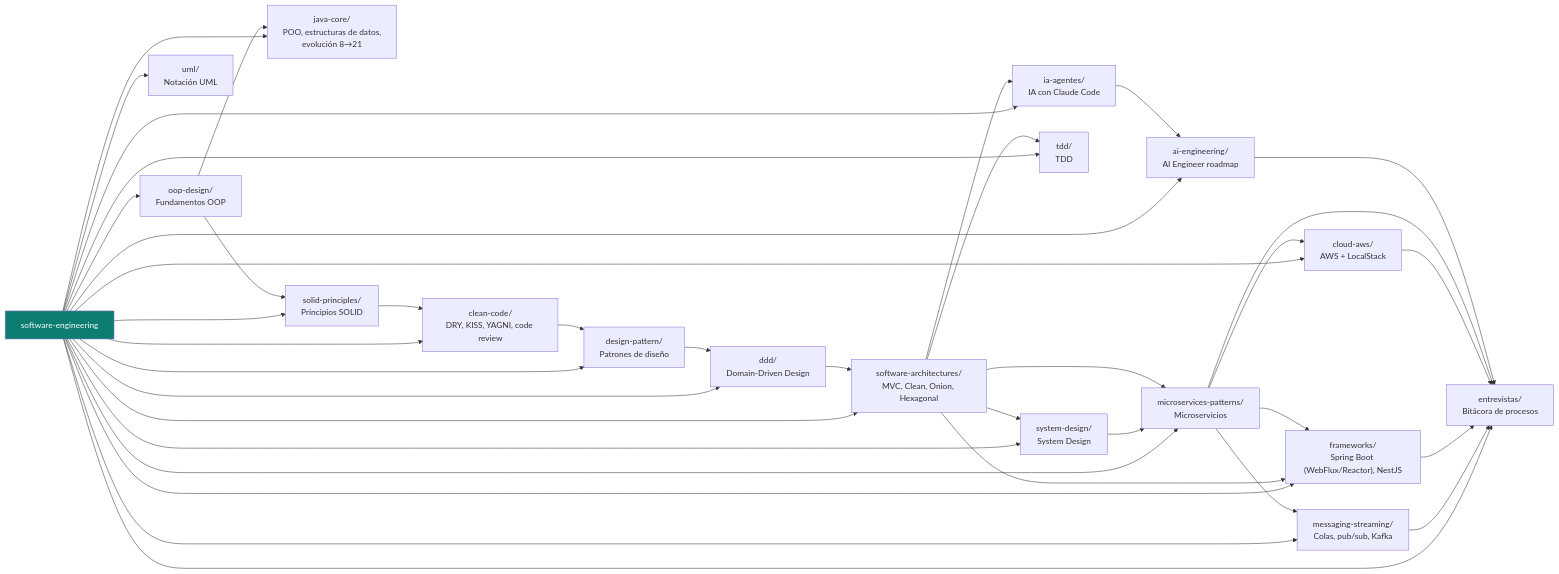
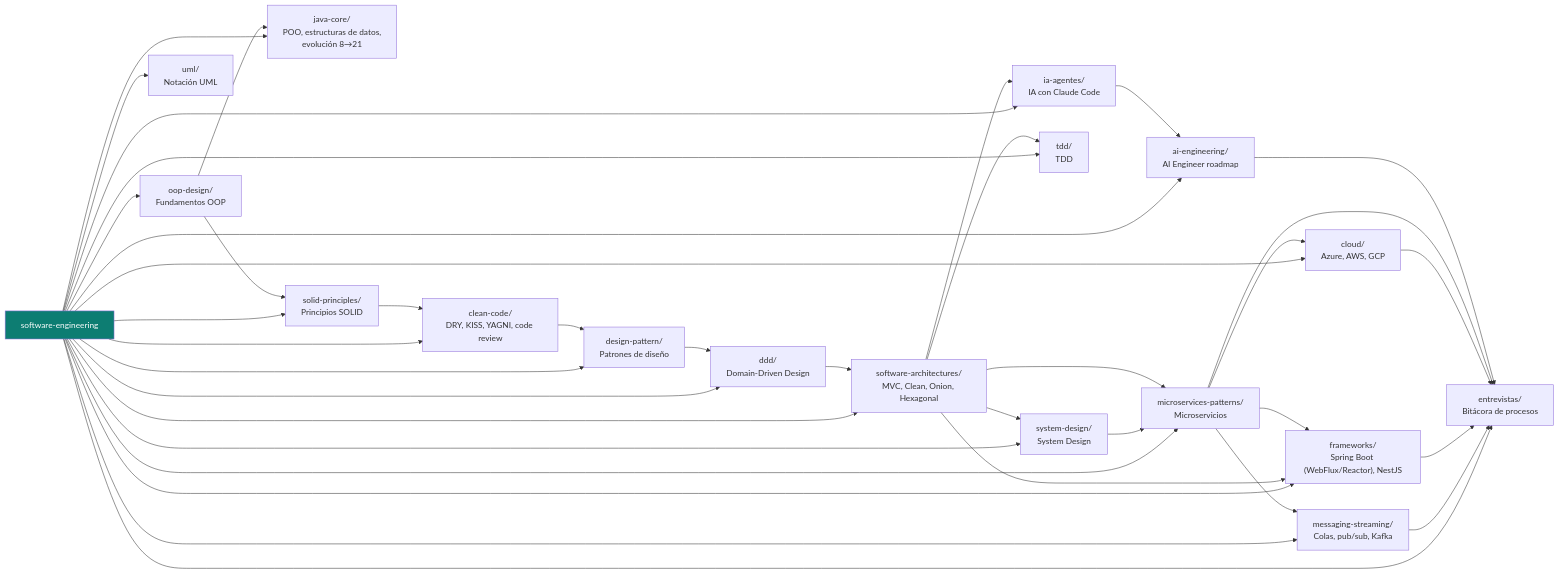
The diagram in README.md (edzamo/software-engineering), drawn with Mermaid before and after one commit. The commit also changed other lines of this file and 8 other files, not shown here.

First line of the commit message:
docs: mueve cloud-aws a cloud/aws y presenta cloud/ con Azure, AWS y GCP

````diff
--- a/README.md
+++ b/README.md
@@ -9,46 +9,46 @@
 ```mermaid
 graph LR
     root["software-engineering"]
 
     root --> oop["oop-design/<br/>Fundamentos OOP"]
     root --> javacore["java-core/<br/>POO, estructuras de datos,<br/>evolución 8→21"]
     root --> solid["solid-principles/<br/>Principios SOLID"]
     root --> cc["clean-code/<br/>DRY, KISS, YAGNI, code review"]
     root --> dp["design-pattern/<br/>Patrones de diseño"]
     root --> ddd["ddd/<br/>Domain-Driven Design"]
     root --> uml["uml/<br/>Notación UML"]
     root --> arch["software-architectures/<br/>MVC, Clean, Onion, Hexagonal"]
     root --> sysdes["system-design/<br/>System Design"]
     root --> micro["microservices-patterns/<br/>Microservicios"]
     root --> msg["messaging-streaming/<br/>Colas, pub/sub, Kafka"]
     root --> frameworks["frameworks/<br/>Spring Boot (WebFlux/Reactor), NestJS"]
-    root --> aws["cloud-aws/<br/>AWS + LocalStack"]
+    root --> aws["cloud/<br/>Azure, AWS, GCP"]
     root --> tdd["tdd/<br/>TDD"]
     root --> ia["ia-agentes/<br/>IA con Claude Code"]
     root --> aieng["ai-engineering/<br/>AI Engineer roadmap"]
     root --> entrevistas["entrevistas/<br/>Bitácora de procesos"]
 
     oop --> javacore
     oop --> solid
     solid --> cc
     cc --> dp
     dp --> ddd
     ddd --> arch
     arch --> sysdes
     sysdes --> micro
     micro --> msg
     msg --> entrevistas
     arch --> micro
     arch --> frameworks
     micro --> frameworks
     micro --> aws
     arch --> tdd
     arch --> ia
     ia --> aieng
     frameworks --> entrevistas
     aws --> entrevistas
     micro --> entrevistas
     aieng --> entrevistas
 
     style root fill:#0d7d72,color:#fff
 ```
````
